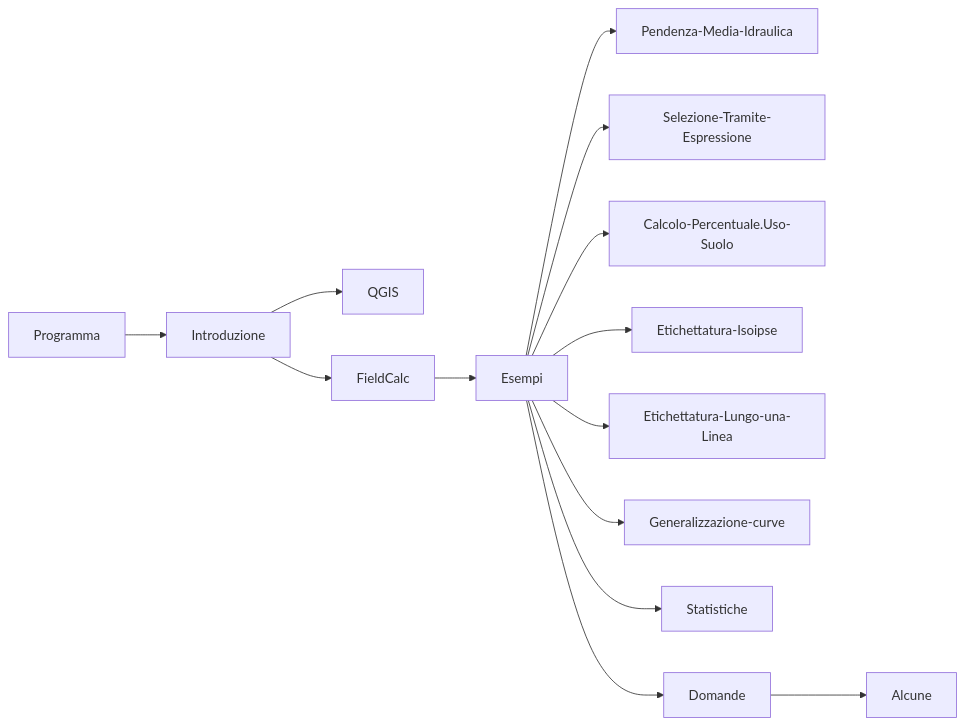
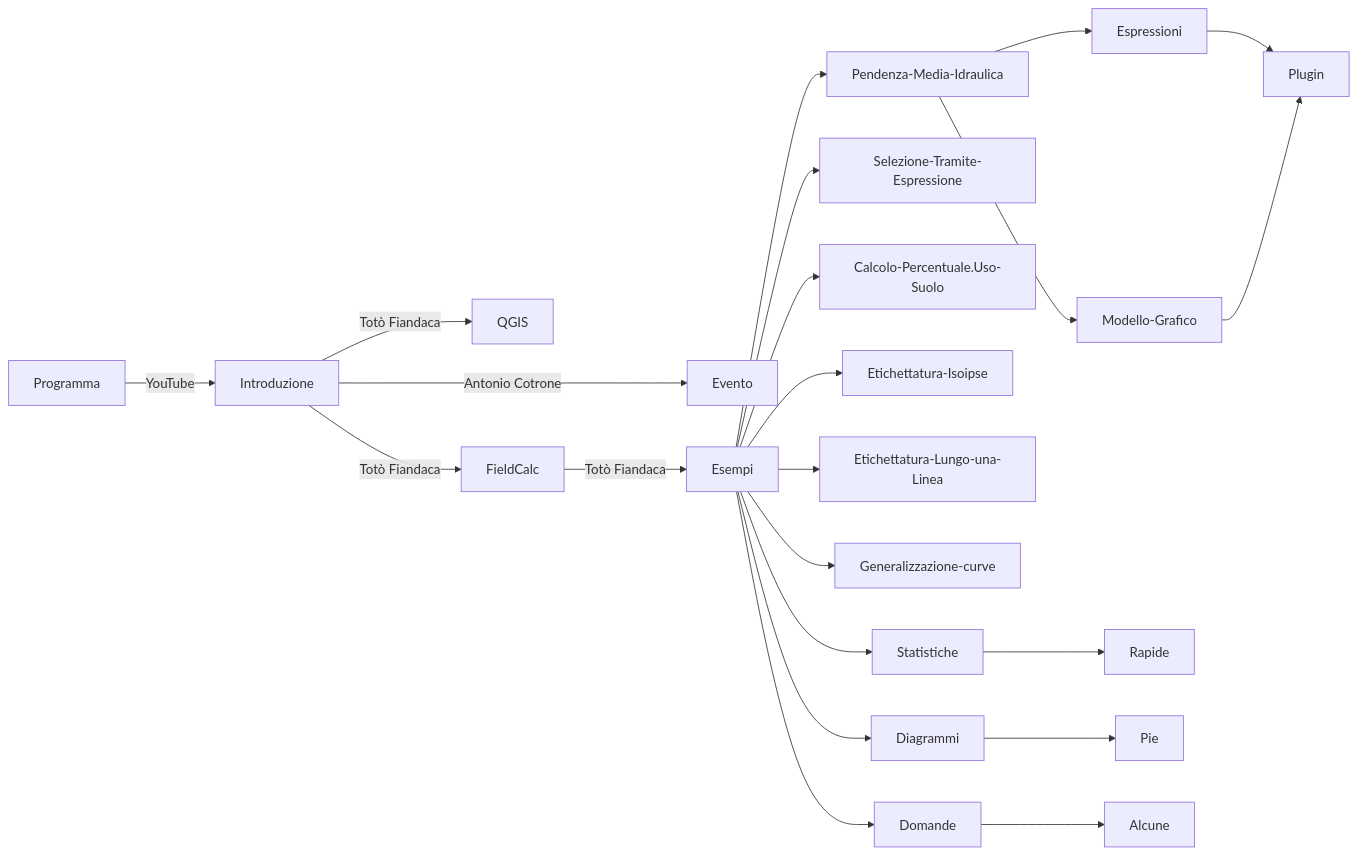
One commit to pigreco/field_calc_idraulica changed the diagram in README.md. Above: the diagram before and after it, drawn with Mermaid.

Commit message:
update mermaid

````diff
--- a/README.md
+++ b/README.md
@@ -56,16 +56,24 @@
 ```mermaid
 graph LR;
-    Programma-->Introduzione;
-    Introduzione-->QGIS;
-    Introduzione-->FieldCalc;
-    FieldCalc-->Esempi;
+    Programma--YouTube-->Introduzione;
+    Introduzione--Antonio Cotroneo-->Evento;
+    Introduzione--Totò Fiandaca-->QGIS;
+    Introduzione--Totò Fiandaca-->FieldCalc;
+    FieldCalc--Totò Fiandaca-->Esempi;
     Esempi-->Pendenza-Media-Idraulica;
+    Pendenza-Media-Idraulica-->Espressioni;
+    Pendenza-Media-Idraulica-->Modello-Grafico;
+    Espressioni-->Plugin;
+    Modello-Grafico-->Plugin;
     Esempi-->Selezione-Tramite-Espressione;
     Esempi-->Calcolo-Percentuale.Uso-Suolo;
     Esempi-->Etichettatura-Isoipse;
     Esempi-->Etichettatura-Lungo-una-Linea;
     Esempi-->Generalizzazione-curve;
     Esempi-->Statistiche;
+    Statistiche-->Rapide;
+    Esempi-->Diagrammi;
+    Diagrammi-->Pie;
     Esempi-->Domande;
     Domande-->Alcune;
 ```
````
